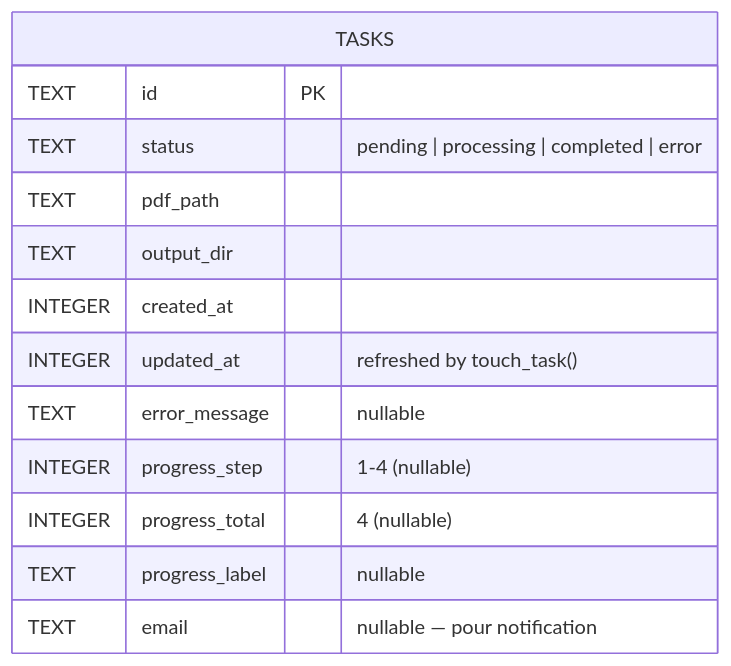
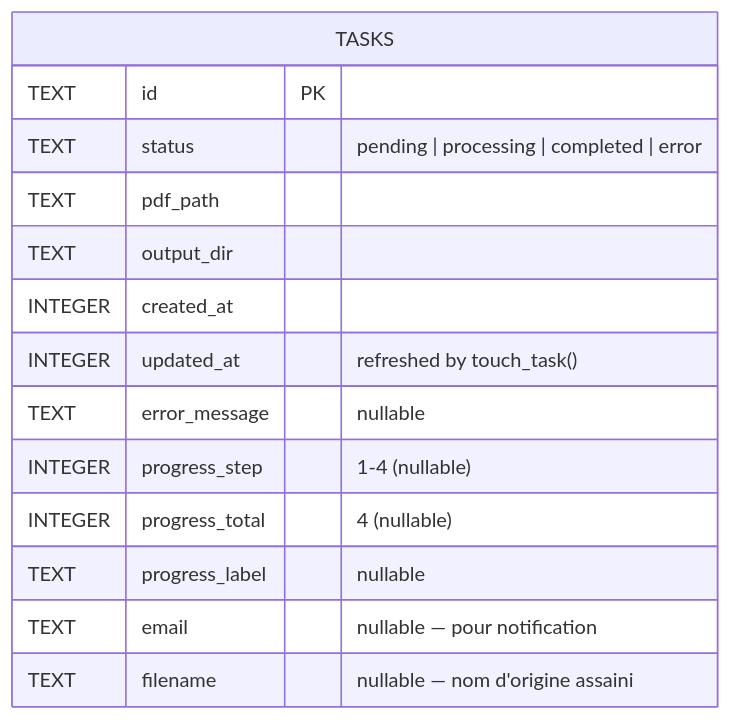
Before and after one commit to CRH-EHESS/Histoolbox: the sixth of 7 diagrams in ARCHITECTURE.md, drawn with Mermaid. The commit also changed 6 other files, not shown here.

First line of the commit message:
🐛 fix(3.0): PDF stocké sous un nom fixe, nom d'origine assaini en base (S1)

````diff
--- a/ARCHITECTURE.md
+++ b/ARCHITECTURE.md
@@ -248,16 +248,17 @@
 ```mermaid
 erDiagram
     TASKS {
         TEXT id PK
         TEXT status "pending | processing | completed | error"
         TEXT pdf_path
         TEXT output_dir
         INTEGER created_at
         INTEGER updated_at "refreshed by touch_task()"
         TEXT error_message "nullable"
         INTEGER progress_step "1-4 (nullable)"
         INTEGER progress_total "4 (nullable)"
         TEXT progress_label "nullable"
         TEXT email "nullable — pour notification"
+        TEXT filename "nullable — nom d'origine assaini"
     }
 ```
````
